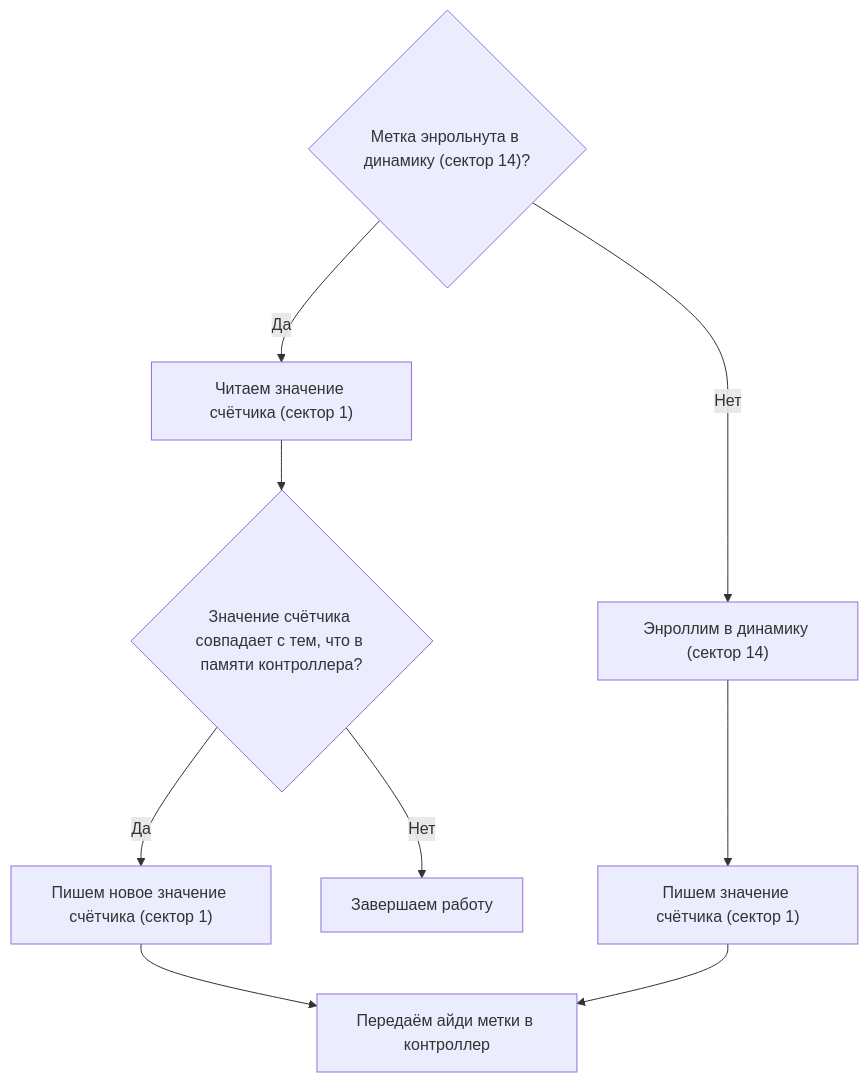
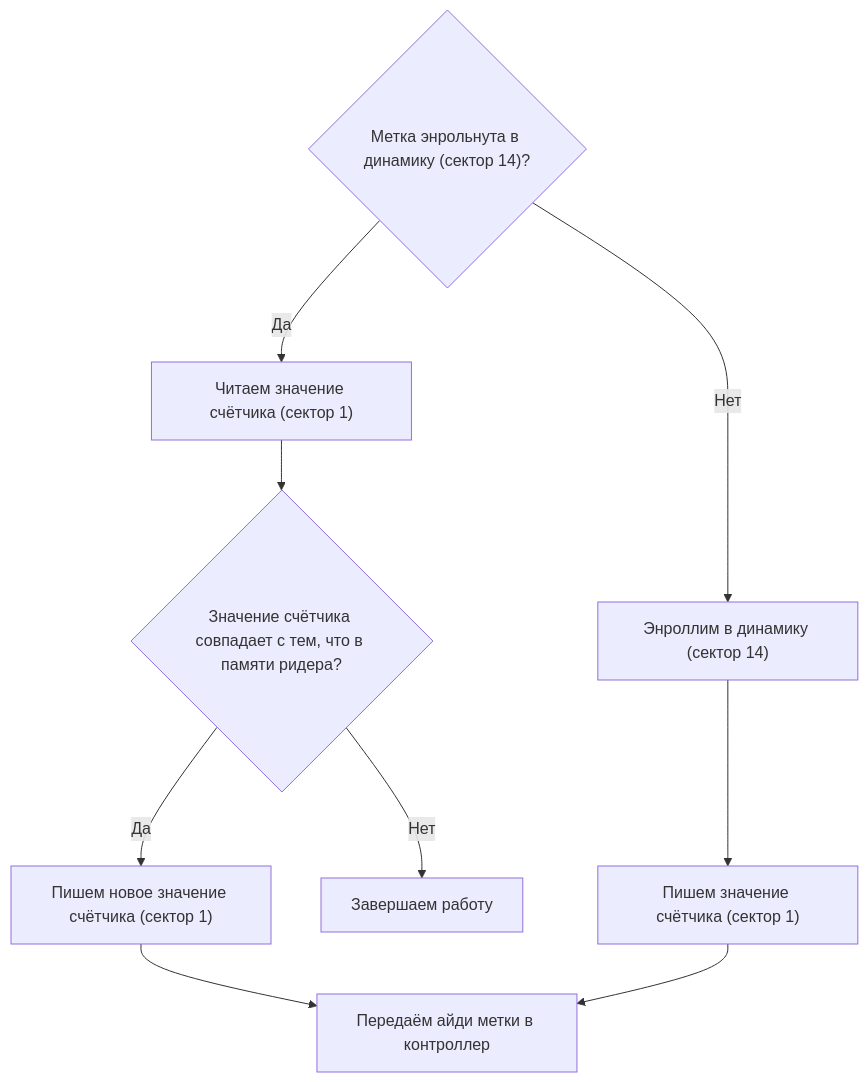
The diagram in 2025/2025-06-05_IronLogic_Dynamic_Enrollment_Attack/diagram.mmd (mishamyte/gromovyna), drawn with Mermaid before and after one commit. The commit also changed 1 other file, not shown here.

```diff
--- a/2025/2025-06-05_IronLogic_Dynamic_Enrollment_Attack/diagram.mmd
+++ b/2025/2025-06-05_IronLogic_Dynamic_Enrollment_Attack/diagram.mmd
@@ -1,10 +1,10 @@
 flowchart TD
     A{"Метка энрольнута в динамику (сектор 14)?"}
     A --> |"Да"| B["Читаем значение счётчика (сектор 1)"]
-    B --> C{"Значение счётчика совпадает с тем, что в памяти контроллера?"}
+    B --> C{"Значение счётчика совпадает с тем, что в памяти ридера?"}
     C --> |"Да"| D["Пишем новое значение счётчика (сектор 1)"]
     D --> Z["Передаём айди метки в контроллер"]
     C --> |"Нет"| Y["Завершаем работу"]
     A --> |"Нет"| E["Энроллим в динамику (сектор 14)"]
     E --> F["Пишем значение счётчика (сектор 1)"]
     F --> Z
```
